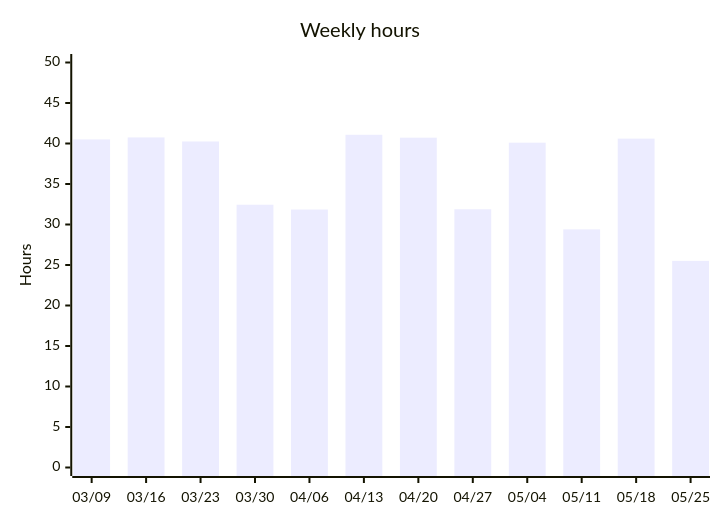
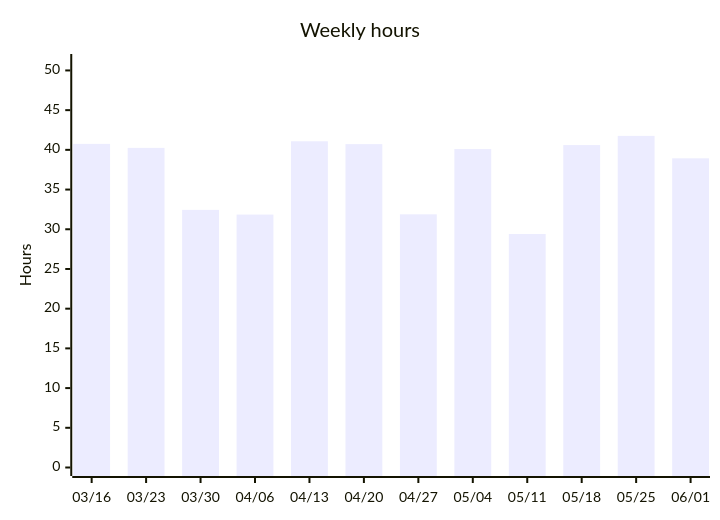
Before and after one commit to albinforsberg-netizen/timeclock: the third of 5 diagrams in README.org, drawn with Mermaid. The commit also changed other lines of this file, not shown here.

```diff
--- a/README.org
+++ b/README.org
@@ -103,7 +103,7 @@
 #+begin_src mermaid
 xychart-beta
     title "Weekly hours"
-    x-axis ["03/09", "03/16", "03/23", "03/30", "04/06", "04/13", "04/20", "04/27", "05/04", "05/11", "05/18", "05/25"]
-    y-axis "Hours" 0 --> 50
-    bar [40.50, 40.75, 40.25, 32.44, 31.85, 41.08, 40.72, 31.88, 40.10, 29.40, 40.60, 25.51]
+    x-axis ["03/16", "03/23", "03/30", "04/06", "04/13", "04/20", "04/27", "05/04", "05/11", "05/18", "05/25", "06/01"]
+    y-axis "Hours" 0 --> 51
+    bar [40.75, 40.25, 32.44, 31.85, 41.08, 40.72, 31.88, 40.10, 29.40, 40.60, 41.76, 38.93]
 #+end_src
```
